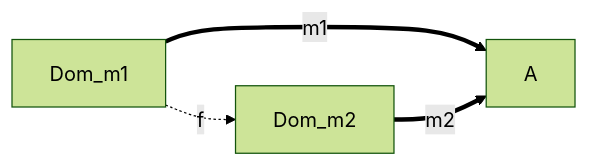
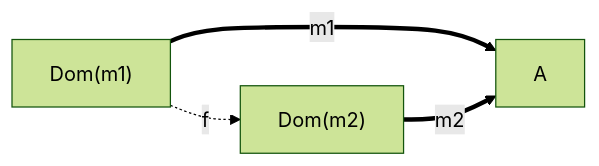
Before and after one commit to renatoleme/HeytingValuedSets: diagram 19 of 22 in notes.md, drawn with Mermaid (forest theme). The commit also changed other lines of this file, not shown here.

````diff
--- a/notes.md
+++ b/notes.md
@@ -440,6 +440,6 @@
 ```mermaid
 graph LR;
-  Dom_m1==m1==>A;
-  Dom_m2==m2==>A;
-  Dom_m1-.f.->Dom_m2;
+  D["Dom(m1)"]==m1==>A;
+  E["Dom(m2)"]==m2==>A;
+  D["Dom(m1)"]-.f.->E["Dom(m2)"];
 ```
````
